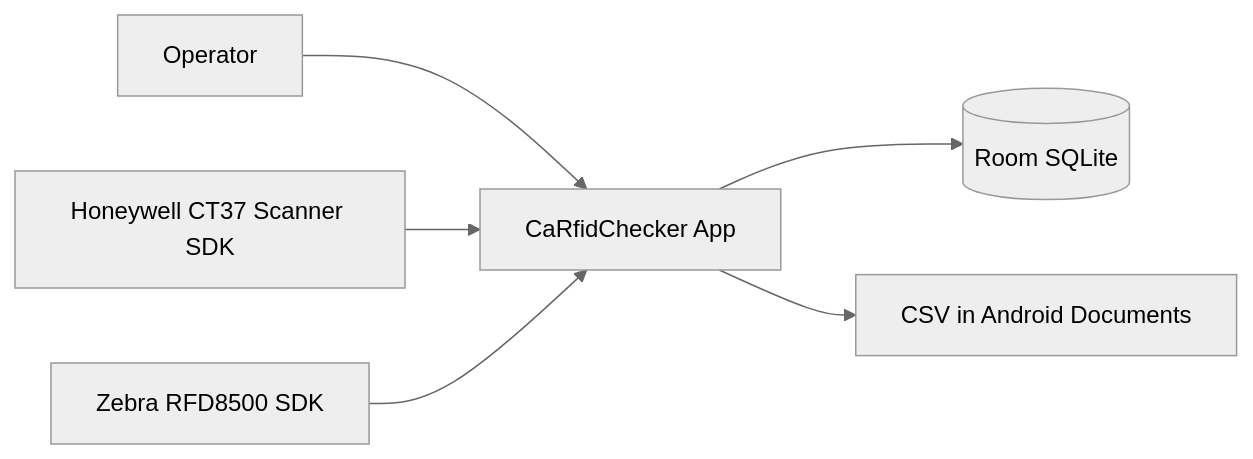
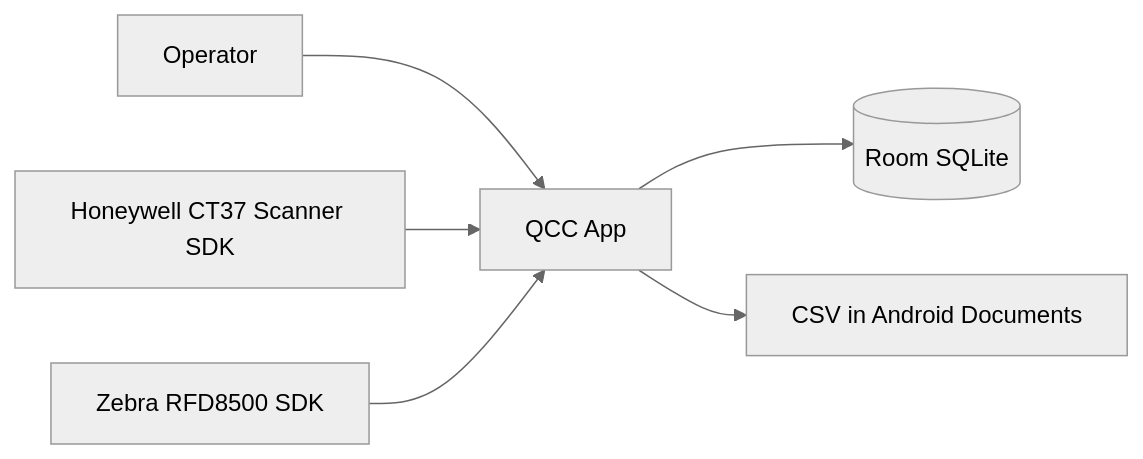
The first of 3 diagrams in docs/02-business-architect-architecture.md (Kamilski86/KaJak), drawn with Mermaid (neutral theme) before and after one commit. The commit also changed other lines of this file and 66 other files, not shown here.

````diff
--- a/docs/02-business-architect-architecture.md
+++ b/docs/02-business-architect-architecture.md
@@ -26,8 +26,8 @@
 ```mermaid
 flowchart LR
-    U[Operator] --> APP[CaRfidChecker App]
+    U[Operator] --> APP[QCC App]
     H[Honeywell CT37 Scanner SDK] --> APP
     Z[Zebra RFD8500 SDK] --> APP
     APP --> DB[(Room SQLite)]
     APP --> FS[CSV in Android Documents]
 ```
````
